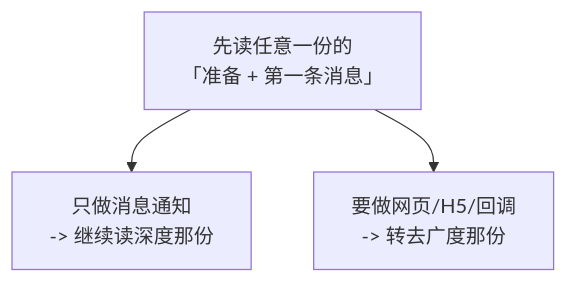
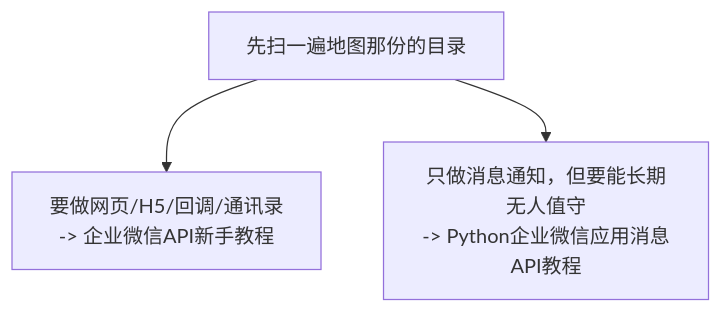
The diagram in README.md (zerioo1970/summary), drawn with Mermaid before and after one commit. The commit also changed other lines of this file, not shown here.

````diff
--- a/README.md
+++ b/README.md
@@ -58,5 +71,5 @@
 ```mermaid
 graph TD
-    A["先读任意一份的<br/>「准备 + 第一条消息」"] --> B["只做消息通知<br/>-> 继续读深度那份"]
-    A --> C["要做网页/H5/回调<br/>-> 转去广度那份"]
+    A["先扫一遍地图那份的目录"] --> B["要做网页/H5/回调/通讯录<br/>-> 企业微信API新手教程"]
+    A --> C["只做消息通知，但要能长期无人值守<br/>-> Python企业微信应用消息API教程"]
 ```
````
